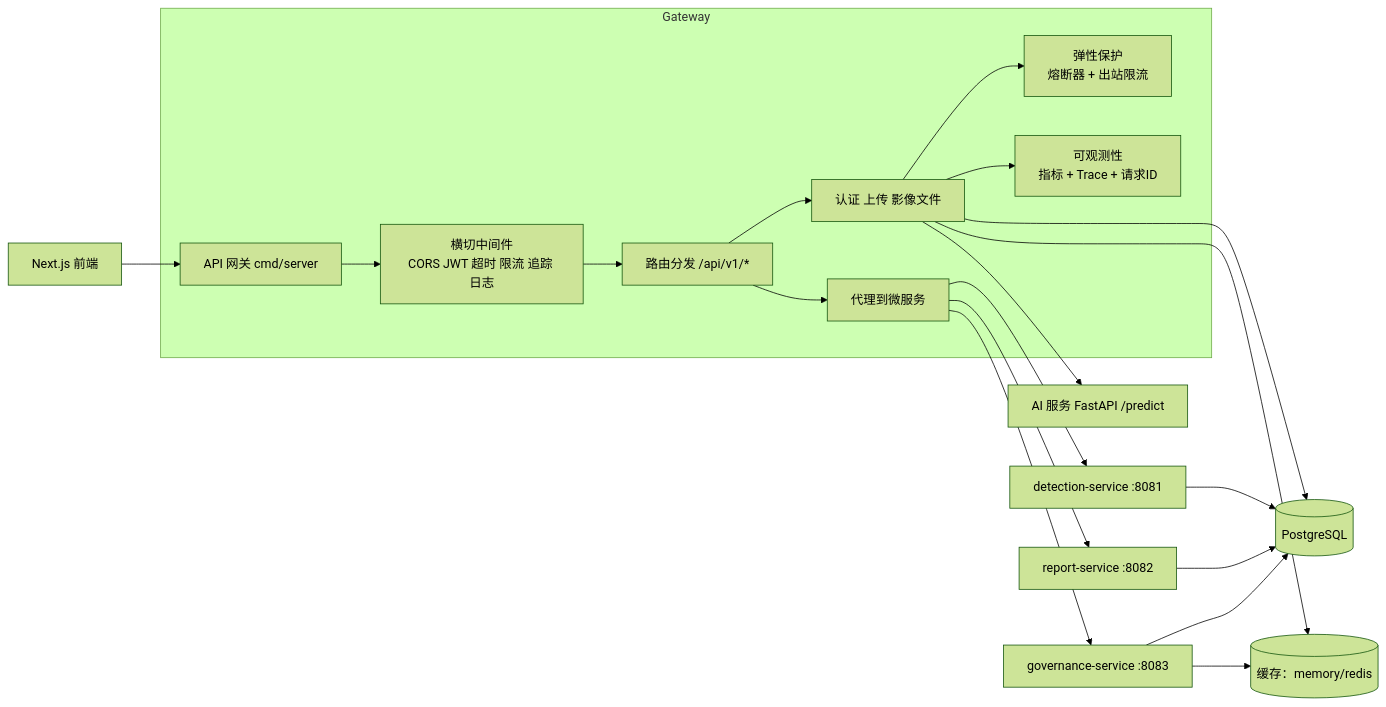
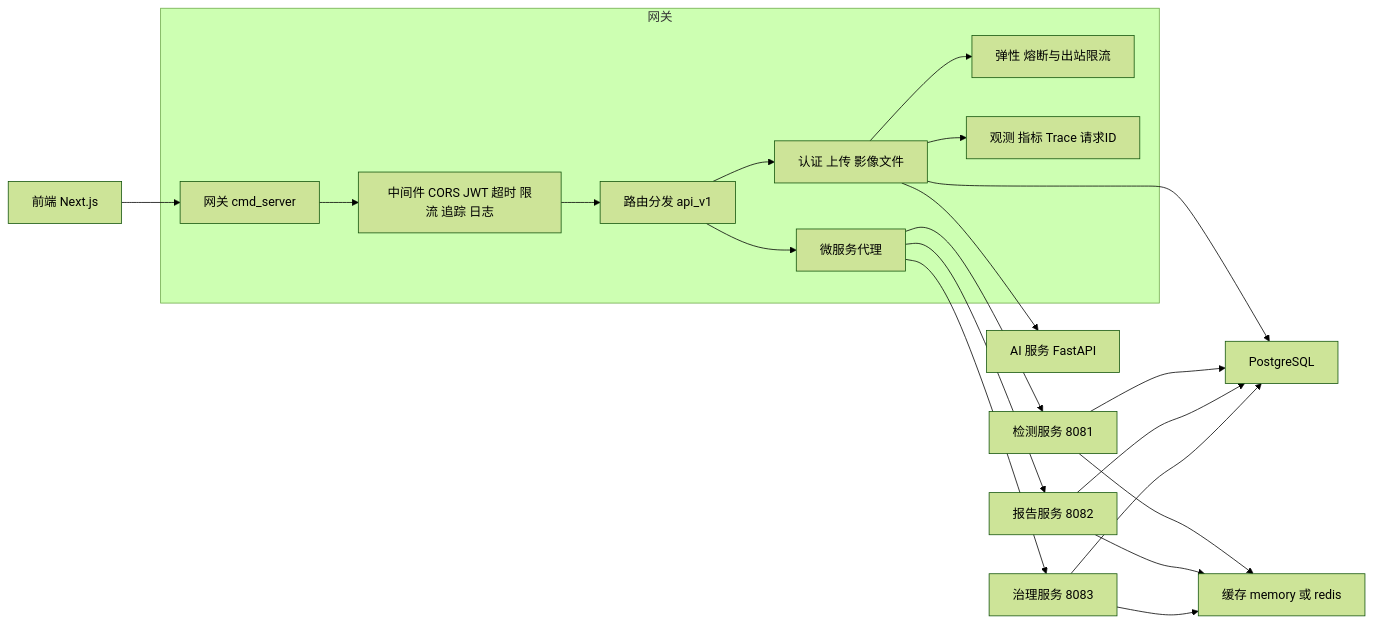
Before and after one commit to laixinyu/cancer-detection-system: the first of 2 diagrams in backend-go/MICROSERVICES.md, drawn with Mermaid (forest theme). The commit also changed other lines of this file and 7 other files, not shown here.

Commit message:
docs(backend-go): add architecture decision guide, Redis cache implementation, and cache strategy refinements

````diff
--- a/backend-go/MICROSERVICES.md
+++ b/backend-go/MICROSERVICES.md
@@ -12,25 +12,26 @@
 ```mermaid
-flowchart LR
-  FE[Next.js 前端] --> GW[API 网关 cmd/server]
+graph LR
+  FE[前端 Next.js] --> GW[网关 cmd_server]
 
-  subgraph Gateway
-    GW --> MW[横切中间件\nCORS JWT 超时 限流 追踪 日志]
-    MW --> RT[路由分发 /api/v1/*]
+  subgraph 网关
+    GW --> MW[中间件 CORS JWT 超时 限流 追踪 日志]
+    MW --> RT[路由分发 api_v1]
     RT --> AUTH[认证 上传 影像文件]
-    RT --> PX[代理到微服务]
-    AUTH --> RS[弹性保护\n熔断器 + 出站限流]
-    AUTH --> OBS[可观测性\n指标 + Trace + 请求ID]
+    RT --> PX[微服务代理]
+    AUTH --> RS[弹性 熔断与出站限流]
+    AUTH --> OBS[观测 指标 Trace 请求ID]
   end
 
-  PX --> DET[detection-service :8081]
-  PX --> REP[report-service :8082]
-  PX --> GOV[governance-service :8083]
+  PX --> DET[检测服务 8081]
+  PX --> REP[报告服务 8082]
+  PX --> GOV[治理服务 8083]
 
-  AUTH --> PG[(PostgreSQL)]
-  AUTH --> CACHE[(缓存：memory/redis)]
+  AUTH --> PG[PostgreSQL]
   DET --> PG
   REP --> PG
   GOV --> PG
+  DET --> CACHE[缓存 memory 或 redis]
+  REP --> CACHE
   GOV --> CACHE
-  AUTH --> AI[AI 服务 FastAPI /predict]
+  AUTH --> AI[AI 服务 FastAPI]
 ```
````
